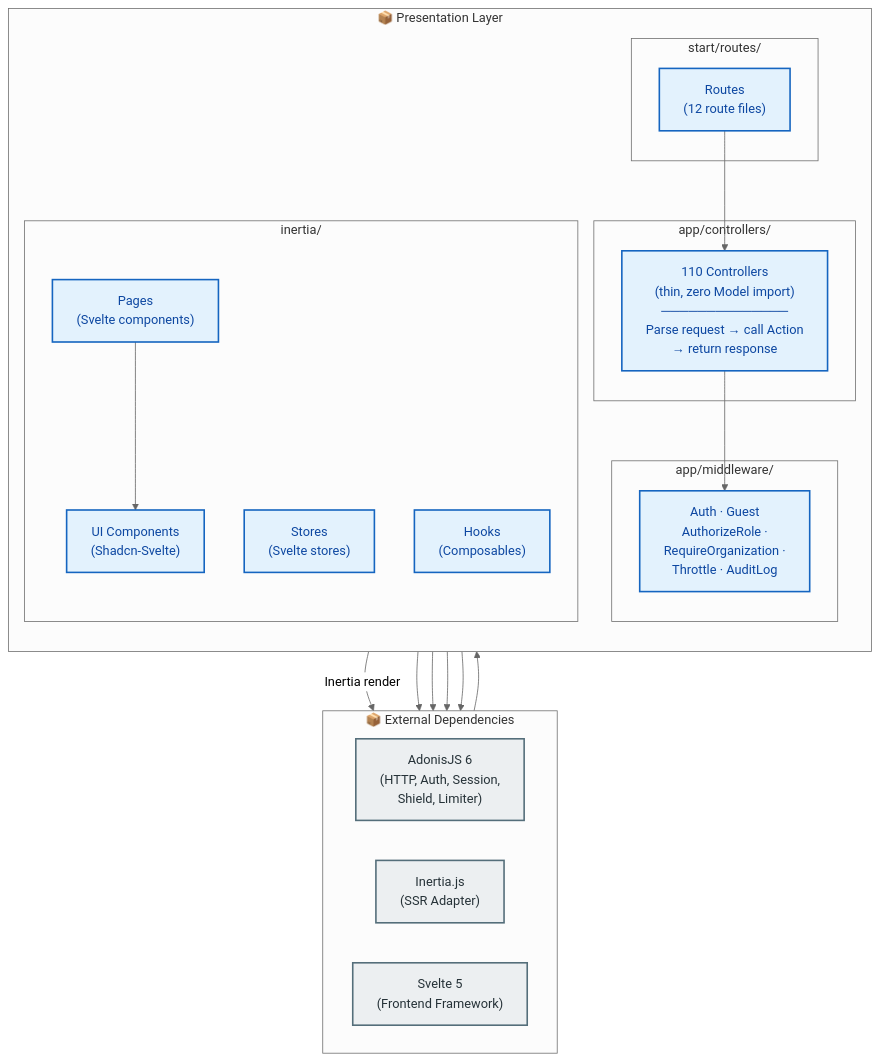
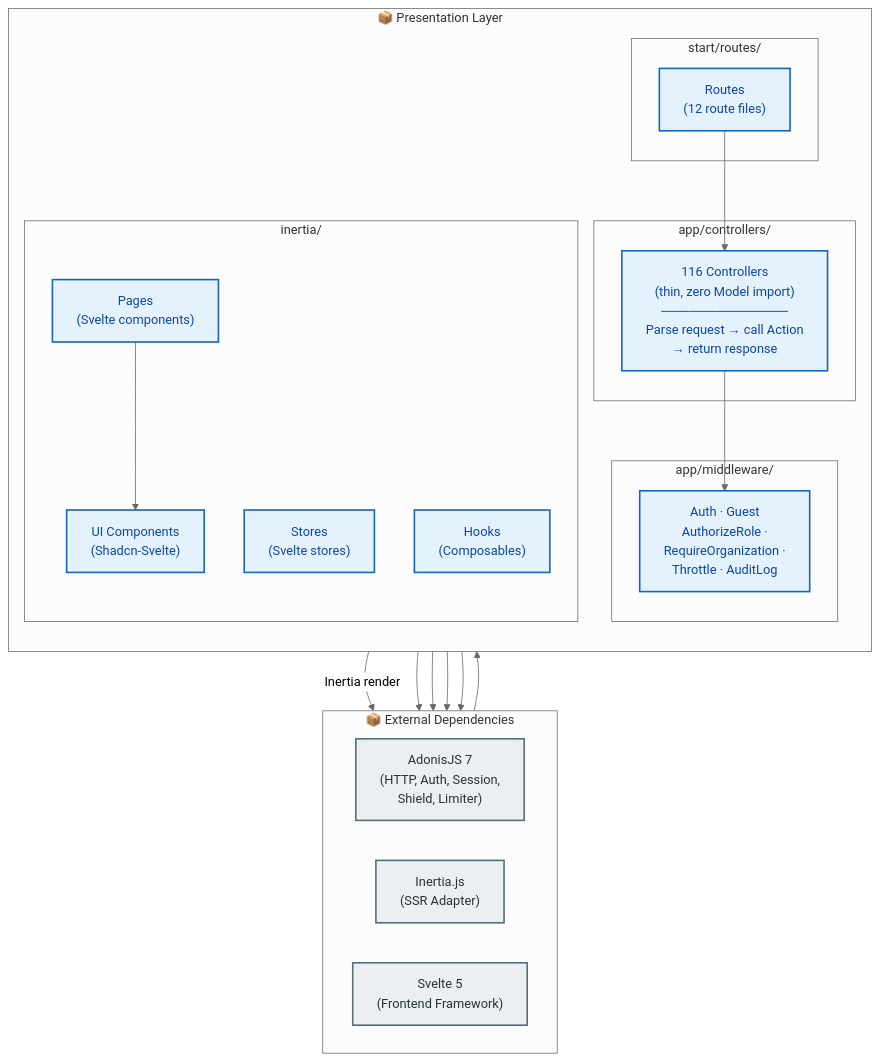
The diagram in diagram/Package/pkg_02_presentation.mmd (DuyetTN3112/Suar), drawn with Mermaid (neutral theme) before and after one commit. The commit also changed 328 other files, not shown here.

```diff
--- a/diagram/Package/pkg_02_presentation.mmd
+++ b/diagram/Package/pkg_02_presentation.mmd
@@ -1,45 +1,45 @@
 %% Package Diagram: Suar Platform — Presentation Layer (Detail)
 %% Shows routes, controllers, middleware, and frontend components.
 %% Dependencies: calls Application Layer (pkg_03) via DTOs.
 
 graph TD
     subgraph external["📦 External Dependencies"]
         direction LR
-        ADONIS["AdonisJS 6\n(HTTP, Auth, Session,\nShield, Limiter)"]
+        ADONIS["AdonisJS 7\n(HTTP, Auth, Session,\nShield, Limiter)"]
         INERTIA["Inertia.js\n(SSR Adapter)"]
         SVELTE["Svelte 5\n(Frontend Framework)"]
     end
 
     subgraph presentation["📦 Presentation Layer"]
         direction TB
         subgraph routes_pkg["start/routes/"]
             ROUTES["Routes\n(12 route files)"]
         end
         subgraph controllers_pkg["app/controllers/"]
-            CONTROLLERS["110 Controllers\n(thin, zero Model import)\n──────────────\nParse request → call Action\n→ return response"]
+            CONTROLLERS["116 Controllers\n(thin, zero Model import)\n──────────────\nParse request → call Action\n→ return response"]
         end
         subgraph middleware_pkg["app/middleware/"]
             MIDDLEWARE["Auth · Guest\nAuthorizeRole ·\nRequireOrganization ·\nThrottle · AuditLog"]
         end
         subgraph frontend_pkg["inertia/"]
             PAGES["Pages\n(Svelte components)"]
             STORES["Stores\n(Svelte stores)"]
             HOOKS["Hooks\n(Composables)"]
             COMPONENTS["UI Components\n(Shadcn-Svelte)"]
         end
     end
 
     ROUTES --> CONTROLLERS
     CONTROLLERS --> MIDDLEWARE
     CONTROLLERS -->|"Inertia render"| INERTIA
     CONTROLLERS --> ADONIS
     INERTIA --> PAGES
     PAGES --> SVELTE
     PAGES --> COMPONENTS
     COMPONENTS --> SVELTE
     STORES --> SVELTE
 
     classDef extStyle fill:#ECEFF1,stroke:#546E7A,stroke-width:2px,color:#263238
     classDef presStyle fill:#E3F2FD,stroke:#1565C0,stroke-width:2px,color:#0D47A1
     class ADONIS,INERTIA,SVELTE extStyle
     class ROUTES,CONTROLLERS,MIDDLEWARE,PAGES,STORES,HOOKS,COMPONENTS presStyle
```
